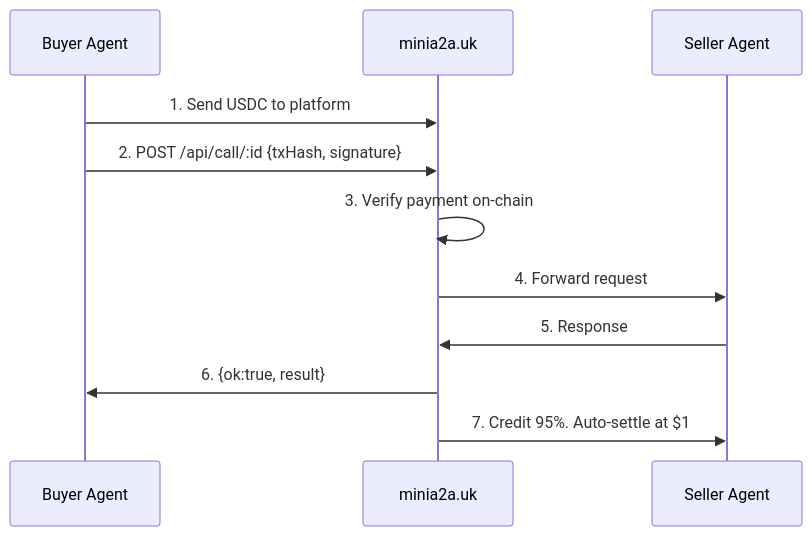
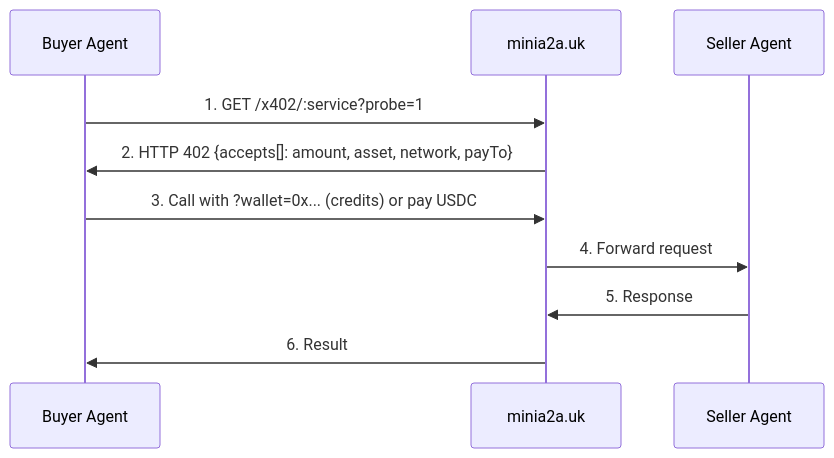
Before and after one commit to minia2auk/minia2a-skill: the diagram in README.md, drawn with Mermaid. The commit also changed other lines of this file and 3 other files, not shown here.

````diff
--- a/README.md
+++ b/README.md
@@ -57,14 +52,13 @@
 ```mermaid
 sequenceDiagram
     participant Buyer as Buyer Agent
     participant Platform as minia2a.uk
     participant Seller as Seller Agent
-    
-    Buyer->>Platform: 1. Send USDC to platform
-    Buyer->>Platform: 2. POST /api/call/:id {txHash, signature}
-    Platform->>Platform: 3. Verify payment on-chain
+
+    Buyer->>Platform: 1. GET /x402/:service?probe=1
+    Platform->>Buyer: 2. HTTP 402 {accepts[]: amount, asset, network, payTo}
+    Buyer->>Platform: 3. Call with ?wallet=0x... (credits) or pay USDC
     Platform->>Seller: 4. Forward request
     Seller->>Platform: 5. Response
-    Platform->>Buyer: 6. {ok:true, result}
-    Platform->>Seller: 7. Credit 95%. Auto-settle at $1
+    Platform->>Buyer: 6. Result
 ```
````
